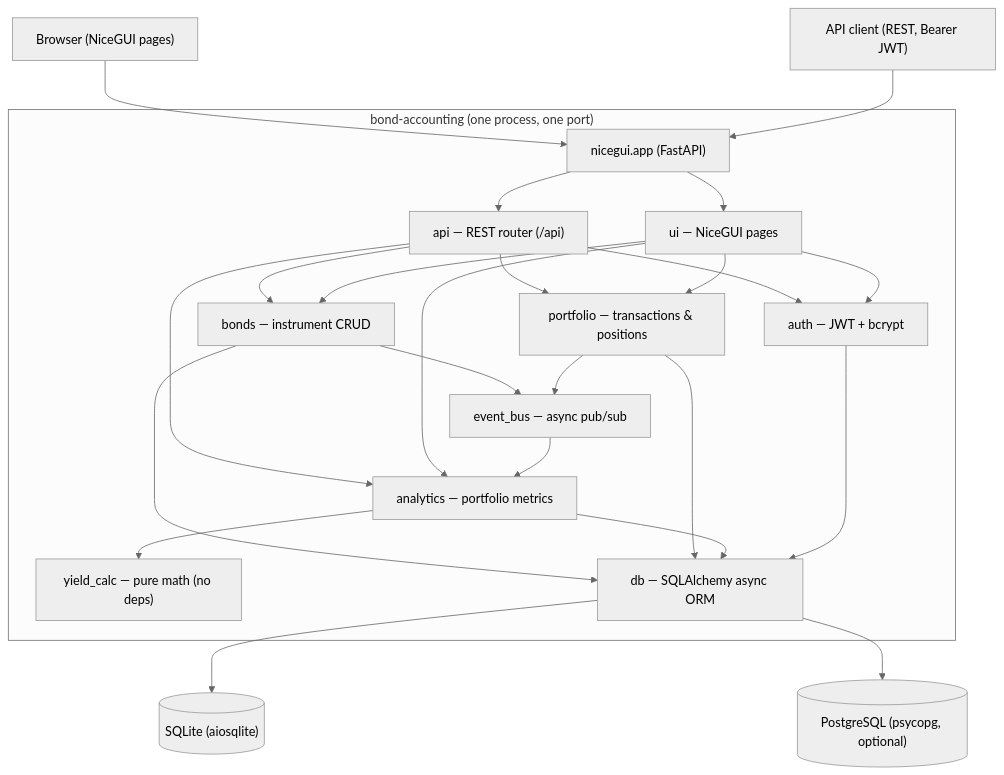
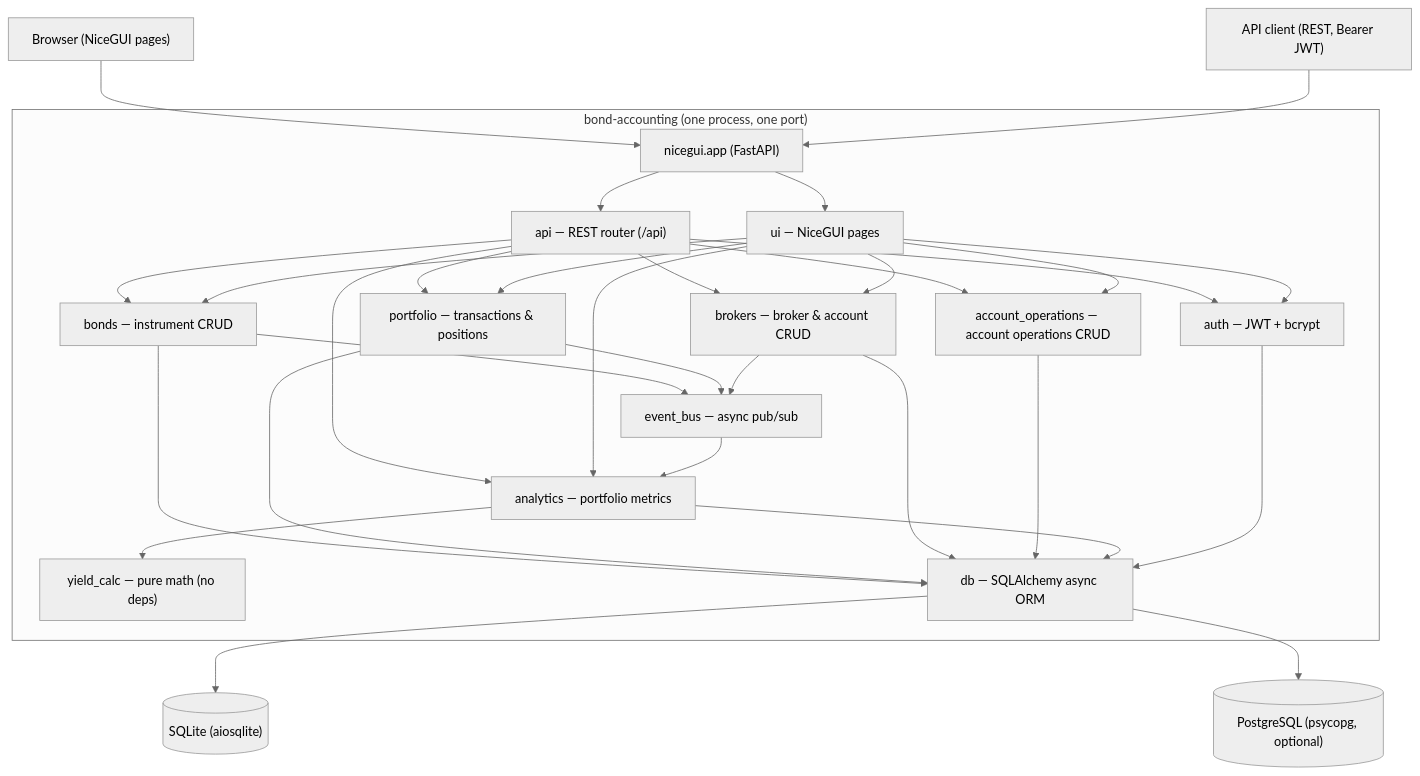
Before and after one commit to muxa-xoma/stocktaking: the first of 2 diagrams in ARCHITECTURE.md, drawn with Mermaid (neutral theme). The commit also changed other lines of this file and 44 other files, not shown here.

First line of the commit message:
Add account operations for broker accounts

````diff
--- a/ARCHITECTURE.md
+++ b/ARCHITECTURE.md
@@ -29,44 +36,53 @@
 ```mermaid
 graph TD
     Browser["Browser (NiceGUI pages)"]
     Client["API client (REST, Bearer JWT)"]
 
     subgraph Single service["bond-accounting (one process, one port)"]
         App["nicegui.app (FastAPI)"]
         API["api — REST router (/api)"]
         UI["ui — NiceGUI pages"]
         Auth["auth — JWT + bcrypt"]
         Bonds["bonds — instrument CRUD"]
         Portfolio["portfolio — transactions & positions"]
+        Brokers["brokers — broker & account CRUD"]
+        AcctOps["account_operations — account operations CRUD"]
         Analytics["analytics — portfolio metrics"]
         YieldCalc["yield_calc — pure math (no deps)"]
         Bus["event_bus — async pub/sub"]
         DB["db — SQLAlchemy async ORM"]
     end
 
     SQLite[("SQLite (aiosqlite)")]
     Postgres[("PostgreSQL (psycopg, optional)")]
 
     Browser --> App
     Client --> App
     App --> UI
     App --> API
     API --> Auth
     API --> Bonds
     API --> Portfolio
+    API --> Brokers
+    API --> AcctOps
     API --> Analytics
     UI --> Auth
     UI --> Bonds
     UI --> Portfolio
+    UI --> Brokers
+    UI --> AcctOps
     UI --> Analytics
     Analytics --> YieldCalc
     Bonds --> Bus
     Portfolio --> Bus
+    Brokers --> Bus
     Bus --> Analytics
     Bonds --> DB
     Portfolio --> DB
+    Brokers --> DB
+    AcctOps --> DB
     Analytics --> DB
     Auth --> DB
     DB --> SQLite
     DB --> Postgres
 ```
````
